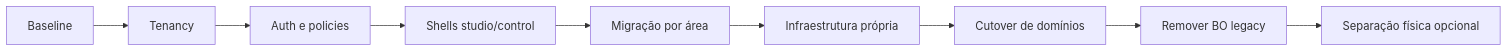
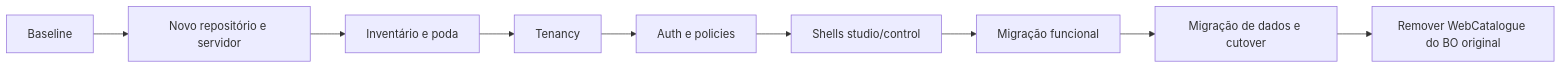
One commit to wlavv/tools changed the diagram in docs/webcatalogue_backoffice_extraction_plan.md. Above: the diagram before and after it, drawn with Mermaid. The commit also changed other lines of this file and 1 other file, not shown here.

Commit message:
revise WebCatalogue extraction as fork and prune

````diff
--- a/docs/webcatalogue_backoffice_extraction_plan.md
+++ b/docs/webcatalogue_backoffice_extraction_plan.md
@@ -315,11 +416,11 @@
 ```mermaid
 flowchart LR
-    A[Baseline] --> B[Tenancy]
-    B --> C[Auth e policies]
-    C --> D[Shells studio/control]
-    D --> E[Migração por área]
-    E --> F[Infraestrutura própria]
-    F --> G[Cutover de domínios]
-    G --> H[Remover BO legacy]
-    H --> I[Separação física opcional]
+    A[Baseline] --> B[Novo repositório e servidor]
+    B --> C[Inventário e poda]
+    C --> D[Tenancy]
+    D --> E[Auth e policies]
+    E --> F[Shells studio/control]
+    F --> G[Migração funcional]
+    G --> H[Migração de dados e cutover]
+    H --> I[Remover WebCatalogue do BO original]
 ```
````
